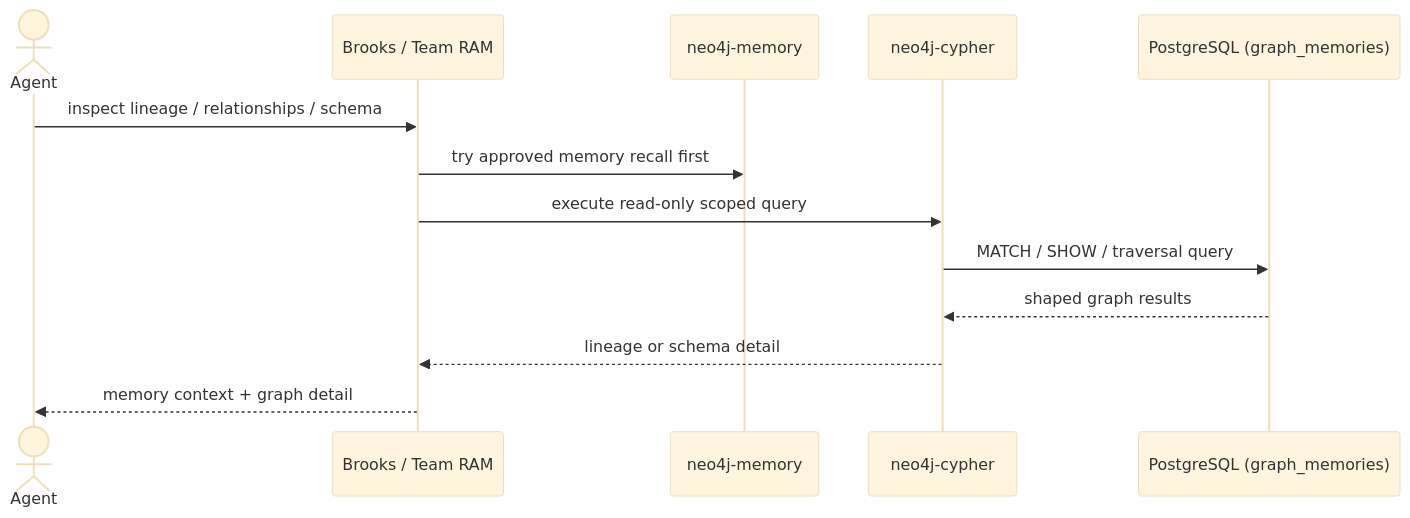
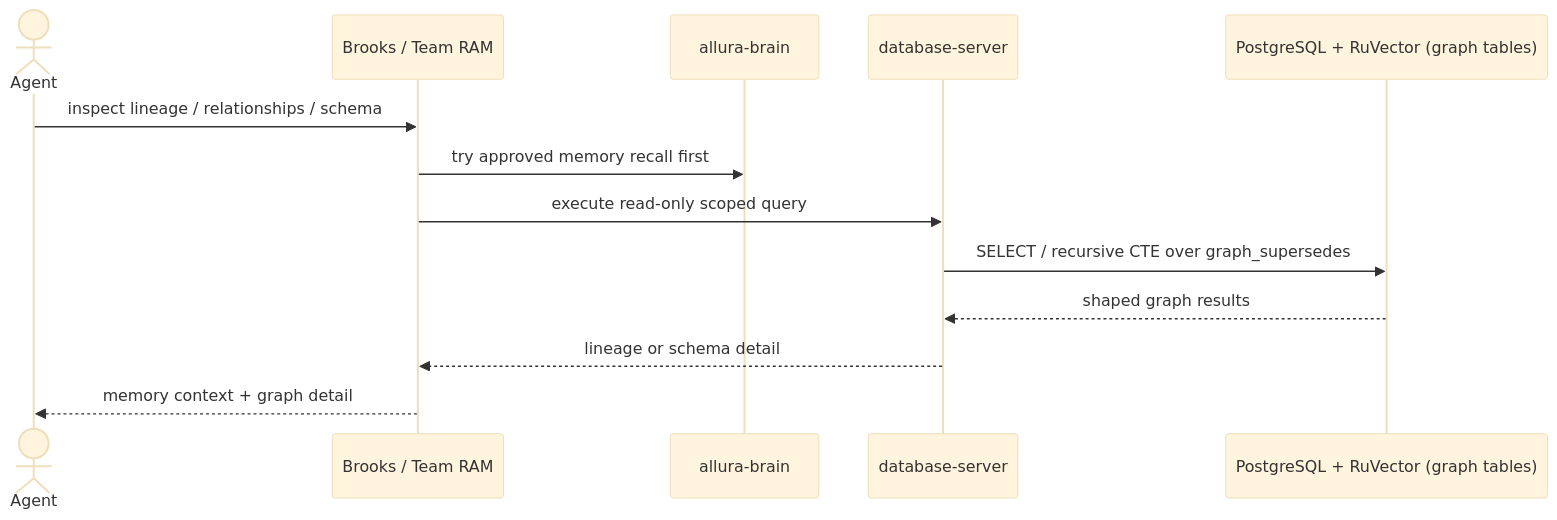
The fourth of 9 diagrams in docs/allura/SOLUTION-ARCHITECTURE.md (Allura-Ecosystem/Allura_Memory), drawn with Mermaid (base theme) before and after one commit. The commit also changed other lines of this file and 414 other files, not shown here.

First line of the commit message:
chore: remove the retired graph backend from active Allura surfaces

````diff
--- a/docs/allura/SOLUTION-ARCHITECTURE.md
+++ b/docs/allura/SOLUTION-ARCHITECTURE.md
@@ -152,16 +149,16 @@
 ```mermaid
 sequenceDiagram
     actor Agent
     participant Brooks as Brooks / Team RAM
-    participant Memory as neo4j-memory
-    participant Cypher as neo4j-cypher
-    participant N4J as PostgreSQL (graph_memories)
+    participant Memory as allura-brain
+    participant DB as database-server
+    participant Sem as PostgreSQL + RuVector (graph tables)
 
     Agent->>Brooks: inspect lineage / relationships / schema
     Brooks->>Memory: try approved memory recall first
-    Brooks->>Cypher: execute read-only scoped query
-    Cypher->>N4J: MATCH / SHOW / traversal query
-    N4J-->>Cypher: shaped graph results
-    Cypher-->>Brooks: lineage or schema detail
+    Brooks->>DB: execute read-only scoped query
+    DB->>Sem: SELECT / recursive CTE over graph_supersedes
+    Sem-->>DB: shaped graph results
+    DB-->>Brooks: lineage or schema detail
     Brooks-->>Agent: memory context + graph detail
 ```
````
